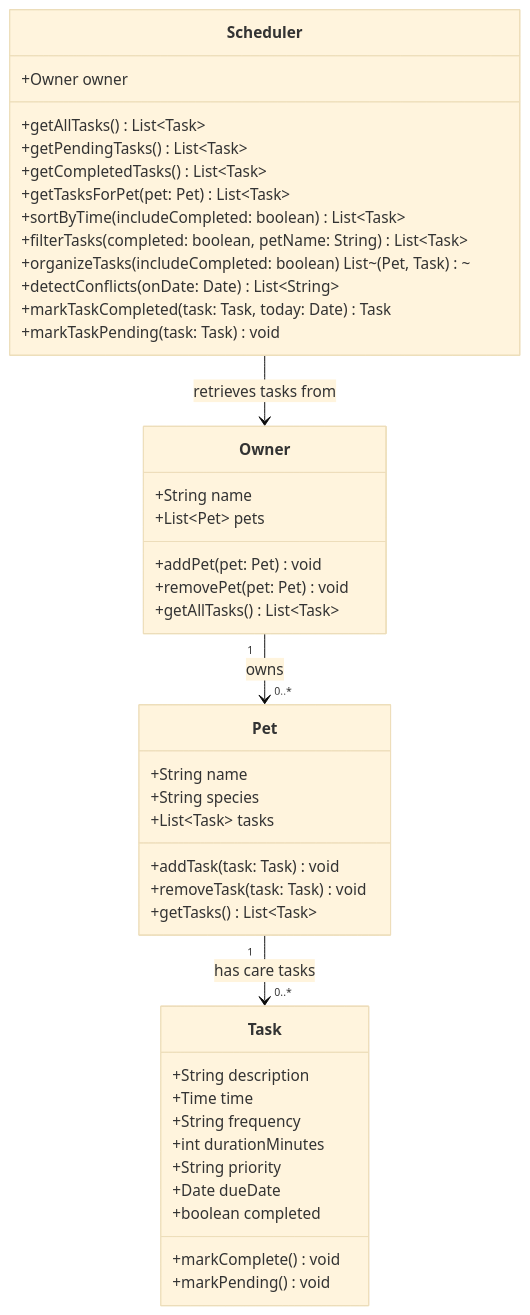
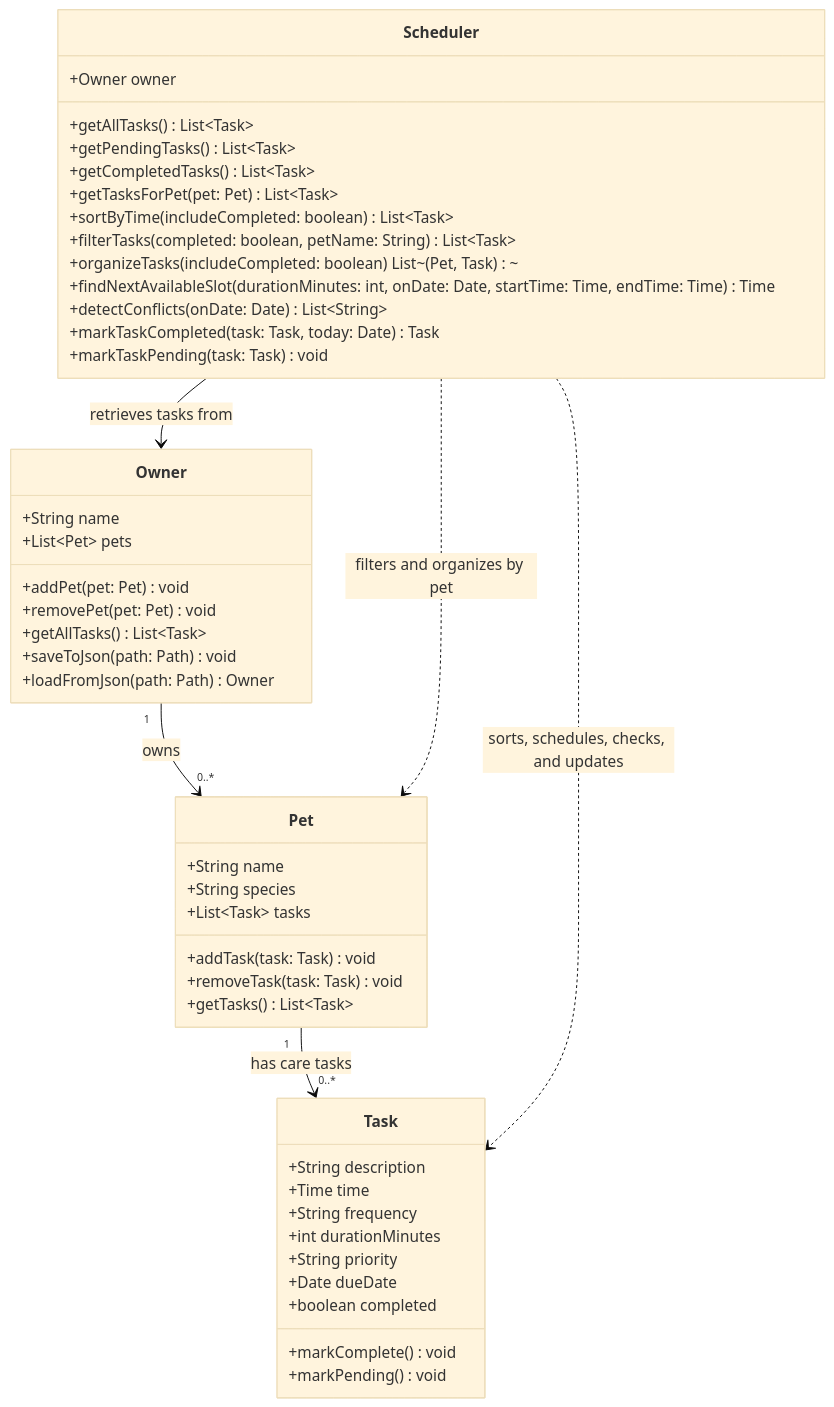
Before and after one commit to Gbemiga04/ai110-module2show-pawpal-starter: the diagram in diagrams/uml.mmd, drawn with Mermaid (base theme). The commit also changed 9 other files, not shown here.

```diff
--- a/diagrams/uml.mmd
+++ b/diagrams/uml.mmd
@@ -1,47 +1,52 @@
 classDiagram
     class Task {
         +String description
         +Time time
         +String frequency
         +int durationMinutes
         +String priority
         +Date dueDate
         +boolean completed
         +markComplete() void
         +markPending() void
     }
 
     class Pet {
         +String name
         +String species
         +List~Task~ tasks
         +addTask(task: Task) void
         +removeTask(task: Task) void
         +getTasks() List~Task~
     }
 
     class Owner {
         +String name
         +List~Pet~ pets
         +addPet(pet: Pet) void
         +removePet(pet: Pet) void
         +getAllTasks() List~Task~
+        +saveToJson(path: Path) void
+        +loadFromJson(path: Path) Owner
     }
 
     class Scheduler {
         +Owner owner
         +getAllTasks() List~Task~
         +getPendingTasks() List~Task~
         +getCompletedTasks() List~Task~
         +getTasksForPet(pet: Pet) List~Task~
         +sortByTime(includeCompleted: boolean) List~Task~
         +filterTasks(completed: boolean, petName: String) List~Task~
         +organizeTasks(includeCompleted: boolean) List~(Pet, Task)~
+        +findNextAvailableSlot(durationMinutes: int, onDate: Date, startTime: Time, endTime: Time) Time
         +detectConflicts(onDate: Date) List~String~
         +markTaskCompleted(task: Task, today: Date) Task
         +markTaskPending(task: Task) void
     }
 
     Owner "1" --> "0..*" Pet : owns
     Pet "1" --> "0..*" Task : has care tasks
     Scheduler --> Owner : retrieves tasks from
+    Scheduler ..> Pet : filters and organizes by pet
+    Scheduler ..> Task : sorts, schedules, checks, and updates
```
